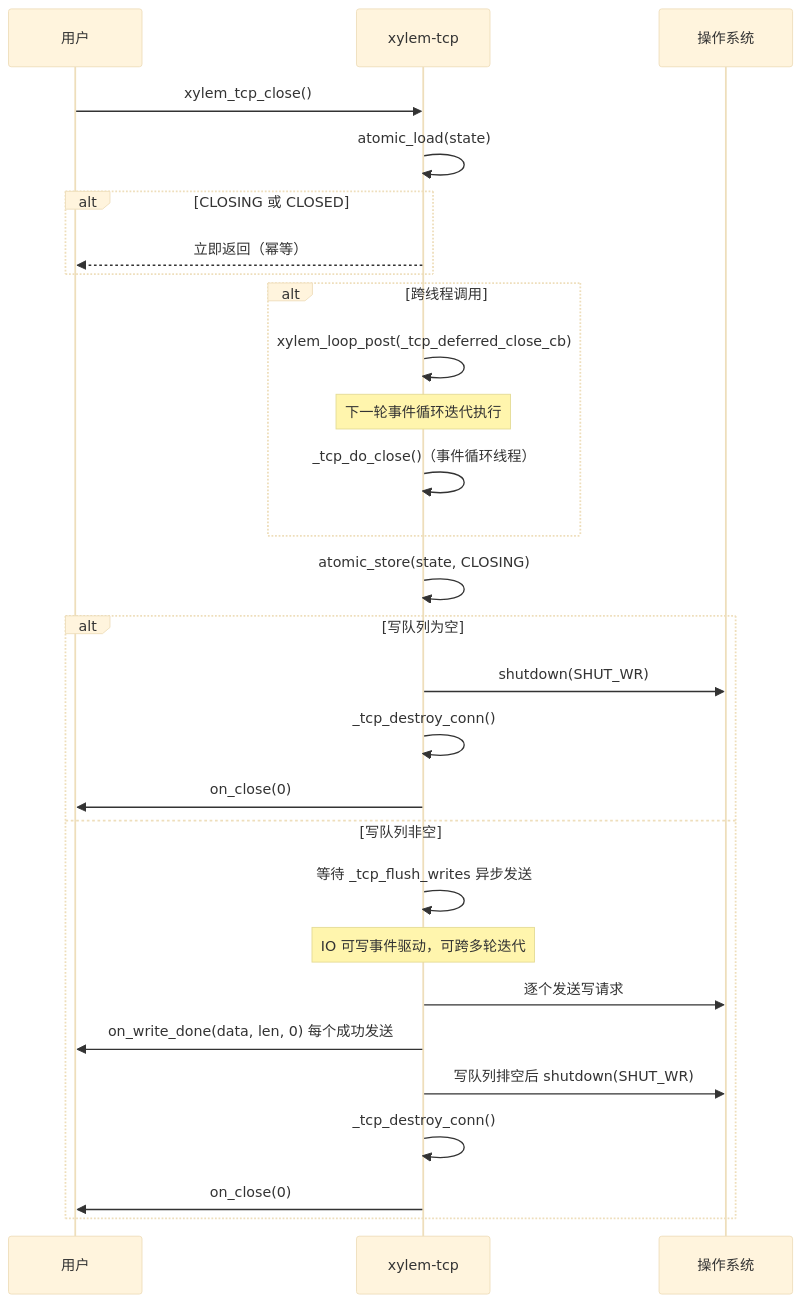
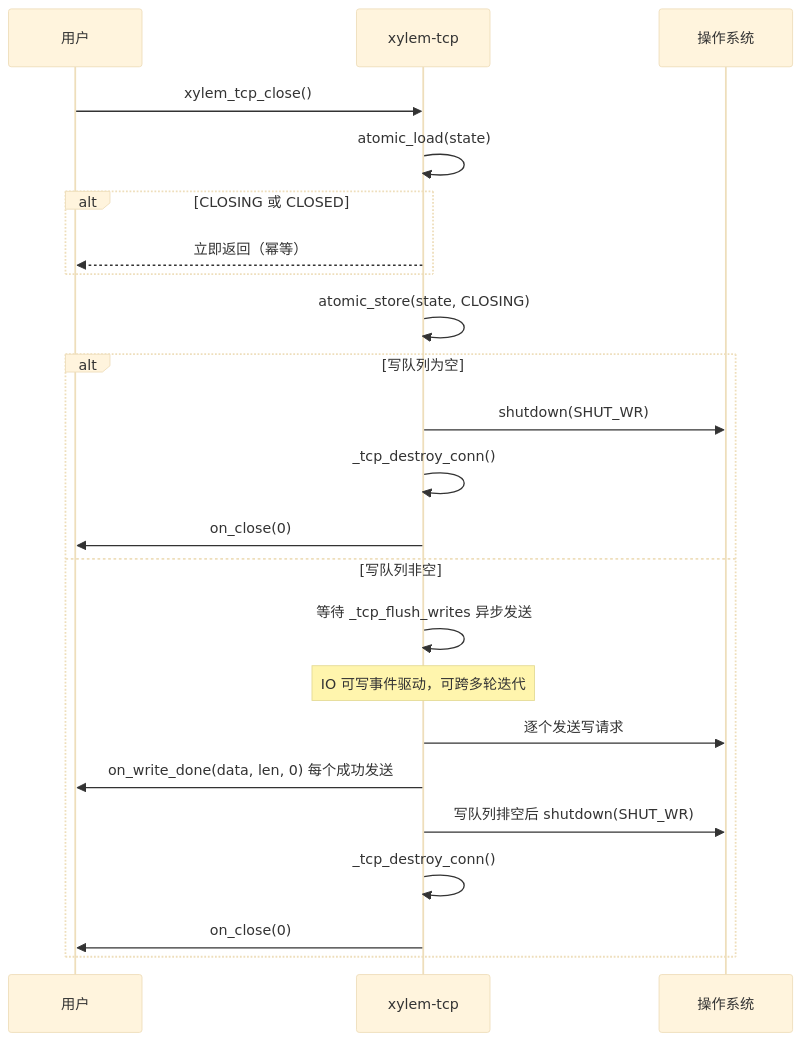
Before and after one commit to MeristemForge/Xylem: the fourth of 4 diagrams in docs/tcp-design.md, drawn with Mermaid (base theme). The commit also changed other lines of this file and 31 other files, not shown here.

````diff
--- a/docs/tcp-design.md
+++ b/docs/tcp-design.md
@@ -348,31 +357,26 @@
 ```mermaid
 sequenceDiagram
     participant User as 用户
     participant TCP as xylem-tcp
     participant OS as 操作系统
 
     User->>TCP: xylem_tcp_close()
     TCP->>TCP: atomic_load(state)
     alt CLOSING 或 CLOSED
         TCP-->>User: 立即返回（幂等）
-    end
-    alt 跨线程调用
-        TCP->>TCP: xylem_loop_post(_tcp_deferred_close_cb)
-        Note over TCP: 下一轮事件循环迭代执行
-        TCP->>TCP: _tcp_do_close()（事件循环线程）
     end
     TCP->>TCP: atomic_store(state, CLOSING)
     alt 写队列为空
         TCP->>OS: shutdown(SHUT_WR)
         TCP->>TCP: _tcp_destroy_conn()
         TCP->>User: on_close(0)
     else 写队列非空
         TCP->>TCP: 等待 _tcp_flush_writes 异步发送
         Note over TCP: IO 可写事件驱动，可跨多轮迭代
         TCP->>OS: 逐个发送写请求
         TCP->>User: on_write_done(data, len, 0) 每个成功发送
         TCP->>OS: 写队列排空后 shutdown(SHUT_WR)
         TCP->>TCP: _tcp_destroy_conn()
         TCP->>User: on_close(0)
     end
 ```
````
